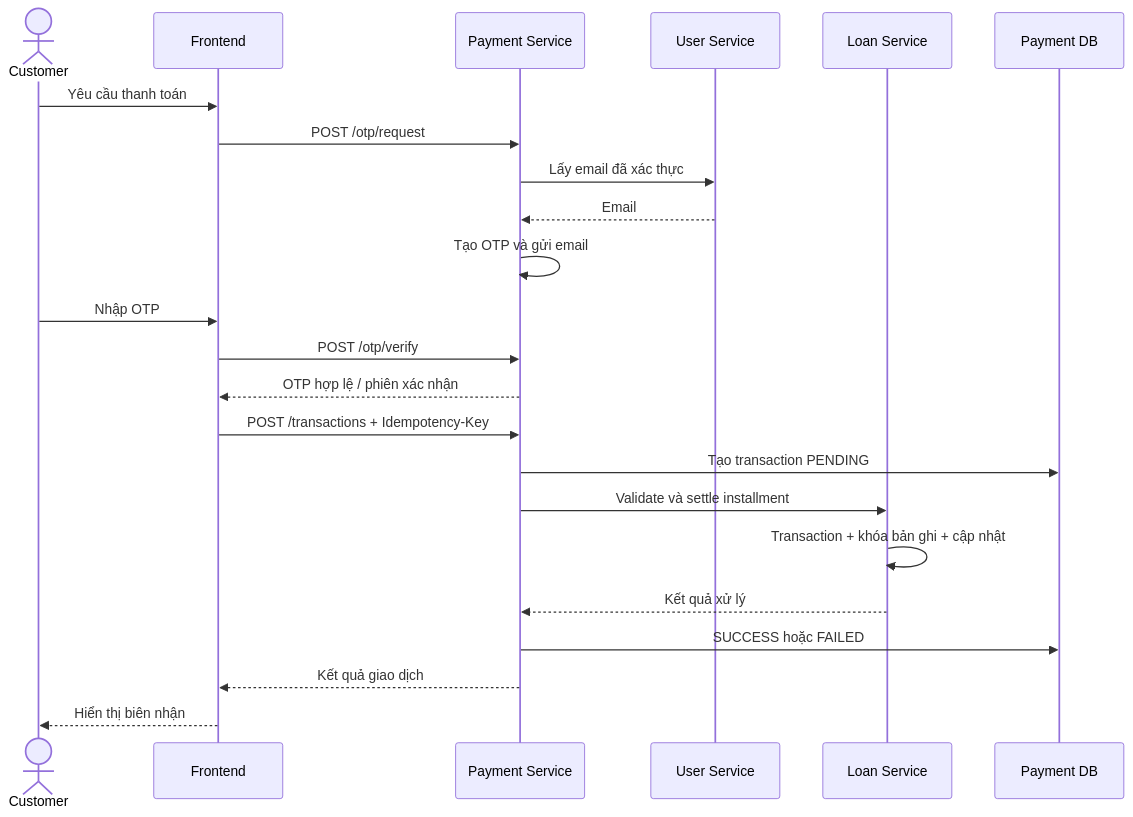
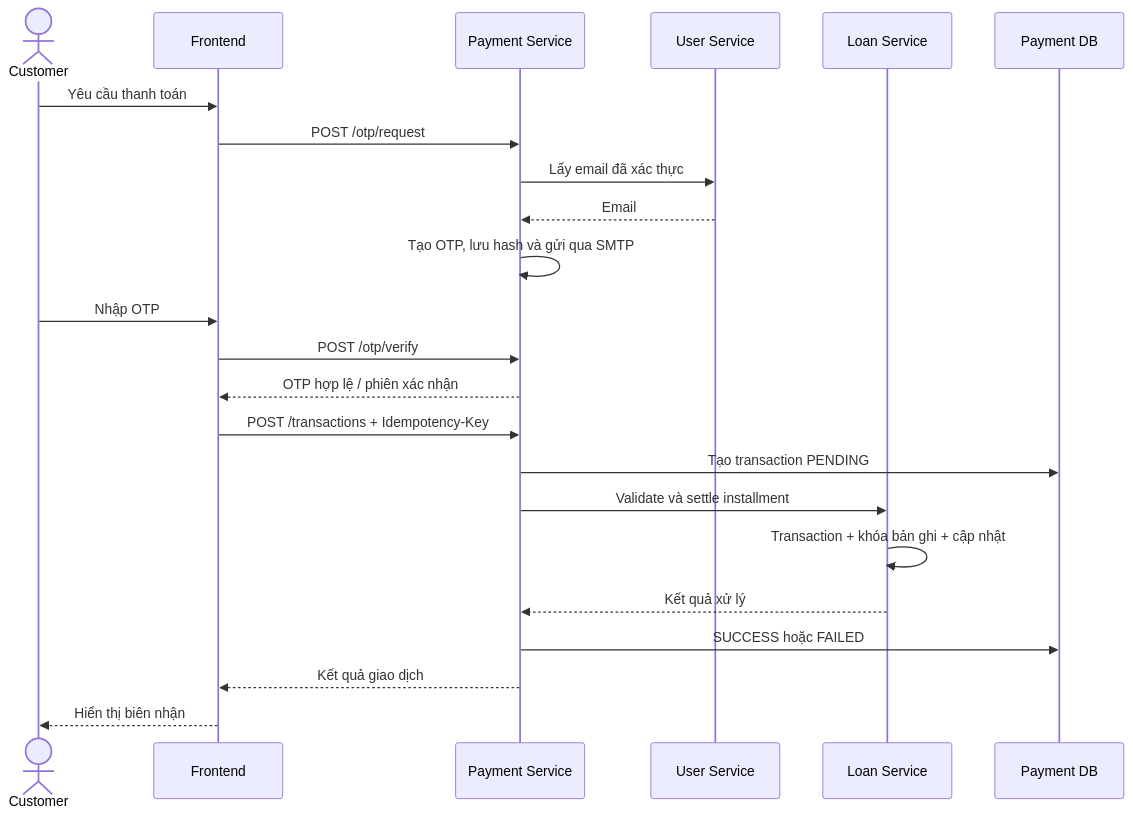
One commit to ridofu0212-cyber/soa changed the third of 3 diagrams in docs/F168_PROJECT_PLAN.md. Above: the diagram before and after it, drawn with Mermaid. The commit also changed other lines of this file, not shown here.

Commit message:
Confirm Loan Installment scope and SMTP email ownership

```diff
--- a/docs/F168_PROJECT_PLAN.md
+++ b/docs/F168_PROJECT_PLAN.md
@@ -274,25 +278,25 @@
 ~~~mermaid
 sequenceDiagram
     actor Customer
     participant FE as Frontend
     participant Payment as Payment Service
     participant User as User Service
     participant Loan as Loan Service
     participant PDB as Payment DB
     Customer->>FE: Yêu cầu thanh toán
     FE->>Payment: POST /otp/request
     Payment->>User: Lấy email đã xác thực
     User-->>Payment: Email
-    Payment->>Payment: Tạo OTP và gửi email
+    Payment->>Payment: Tạo OTP, lưu hash và gửi qua SMTP
     Customer->>FE: Nhập OTP
     FE->>Payment: POST /otp/verify
     Payment-->>FE: OTP hợp lệ / phiên xác nhận
     FE->>Payment: POST /transactions + Idempotency-Key
     Payment->>PDB: Tạo transaction PENDING
     Payment->>Loan: Validate và settle installment
     Loan->>Loan: Transaction + khóa bản ghi + cập nhật
     Loan-->>Payment: Kết quả xử lý
     Payment->>PDB: SUCCESS hoặc FAILED
     Payment-->>FE: Kết quả giao dịch
     FE-->>Customer: Hiển thị biên nhận
 ~~~
```
